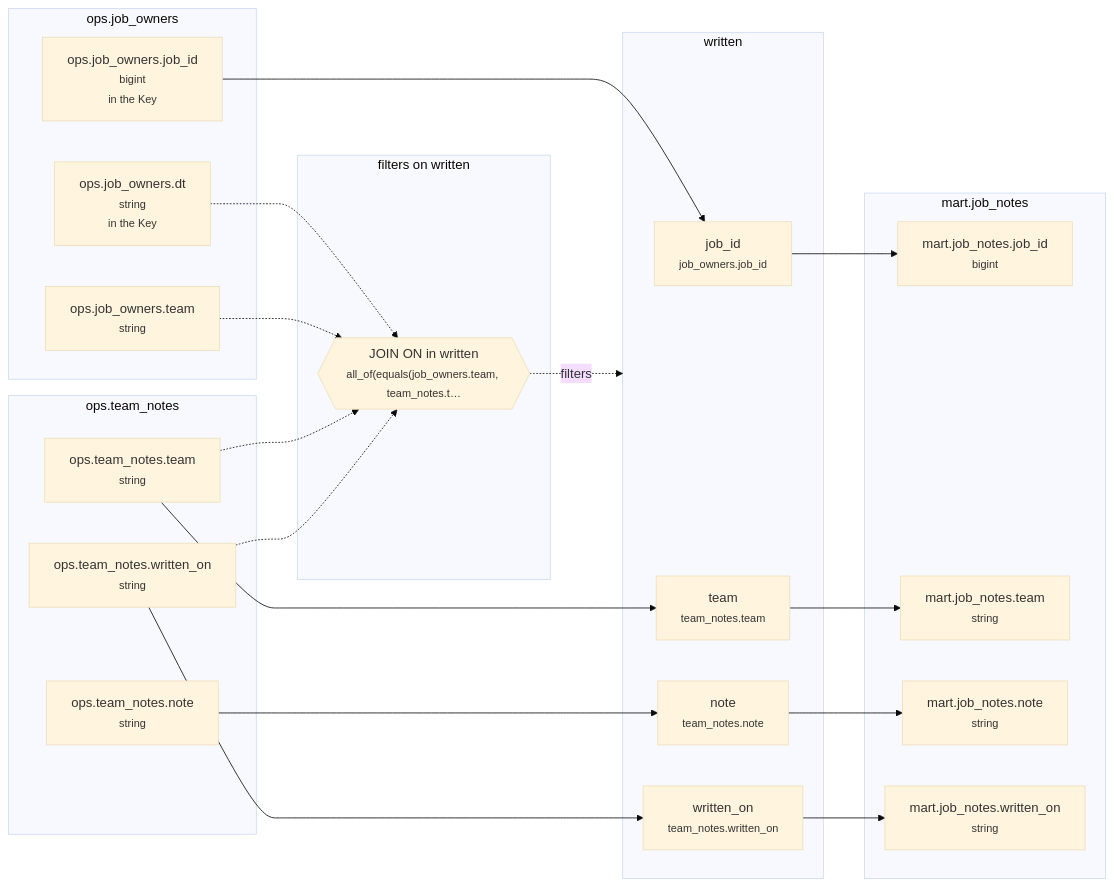
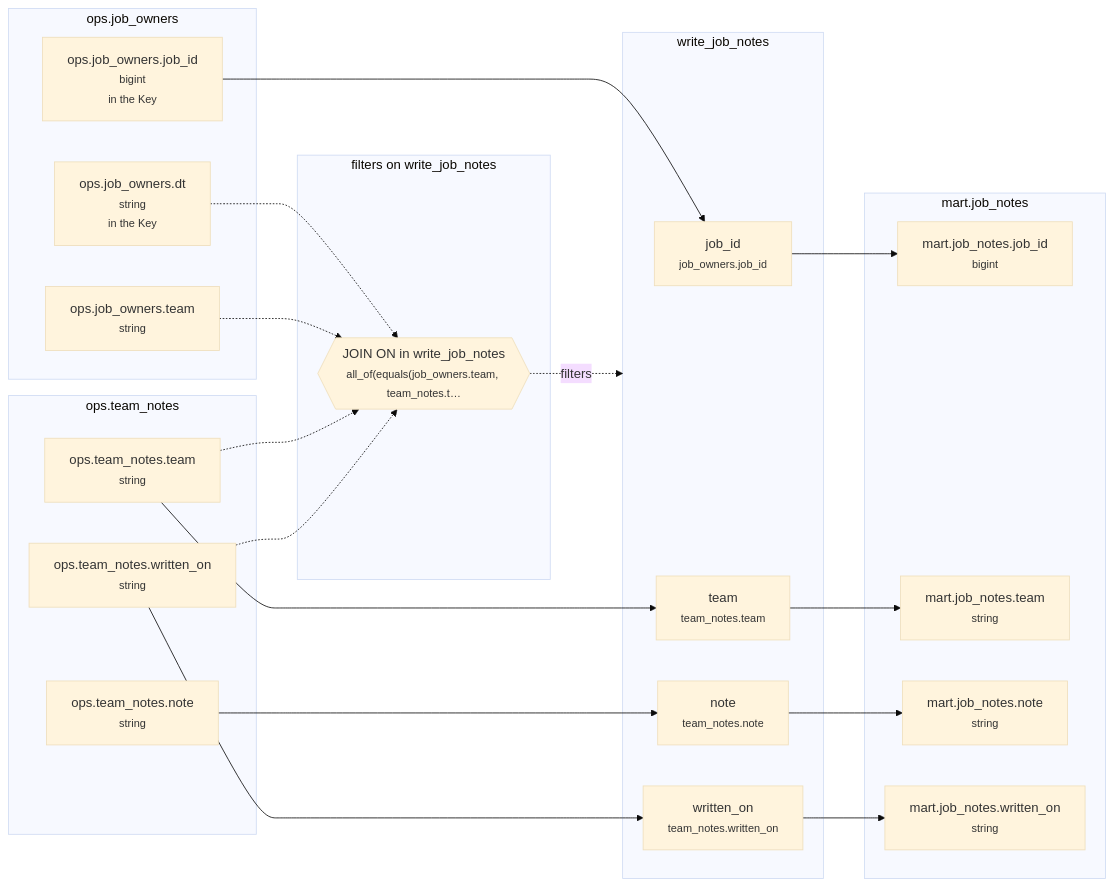
The diagram in example_projects/intermediate/tables/mart__job_notes/lineage/20260925-060000-mart__job_notes.md (EdgyPage/SQL-Composer), drawn with Mermaid (base theme) before and after one commit. The commit also changed other lines of this file and 148 other files, not shown here.

````diff
--- a/example_projects/intermediate/tables/mart__job_notes/lineage/20260925-060000-mart__job_notes.md
+++ b/example_projects/intermediate/tables/mart__job_notes/lineage/20260925-060000-mart__job_notes.md
@@ -7,41 +7,41 @@
 ```mermaid
 flowchart LR
   subgraph g0["ops.job_owners"]
     n0["ops.job_owners.job_id<br/><small>bigint</small><br/><small>in the Key</small>"]
     n9["ops.job_owners.dt<br/><small>string</small><br/><small>in the Key</small>"]
     n10["ops.job_owners.team<br/><small>string</small>"]
   end
-  subgraph g1["written"]
+  subgraph g1["write_job_notes"]
     n1["job_id<br/><small>job_owners.job_id</small>"]
     n3["team<br/><small>team_notes.team</small>"]
     n5["note<br/><small>team_notes.note</small>"]
     n7["written_on<br/><small>team_notes.written_on</small>"]
   end
   subgraph g2["ops.team_notes"]
     n2["ops.team_notes.team<br/><small>string</small>"]
     n4["ops.team_notes.note<br/><small>string</small>"]
     n6["ops.team_notes.written_on<br/><small>string</small>"]
   end
-  subgraph g3["filters on written"]
-    n8{{"JOIN ON in written<br/><small>all_of(equals(job_owners.team, team_notes.t…</small>"}}
+  subgraph g3["filters on write_job_notes"]
+    n8{{"JOIN ON in write_job_notes<br/><small>all_of(equals(job_owners.team, team_notes.t…</small>"}}
   end
   subgraph g4["mart.job_notes"]
     n11["mart.job_notes.job_id<br/><small>bigint</small>"]
     n12["mart.job_notes.team<br/><small>string</small>"]
     n13["mart.job_notes.note<br/><small>string</small>"]
     n14["mart.job_notes.written_on<br/><small>string</small>"]
   end
   n0 --> n1
   n2 --> n3
   n4 --> n5
   n6 --> n7
   n9 -.-> n8
   n10 -.-> n8
   n2 -.-> n8
   n6 -.-> n8
   n1 --> n11
   n3 --> n12
   n5 --> n13
   n7 --> n14
   n8 -.->|filters| g1
 ```
````
